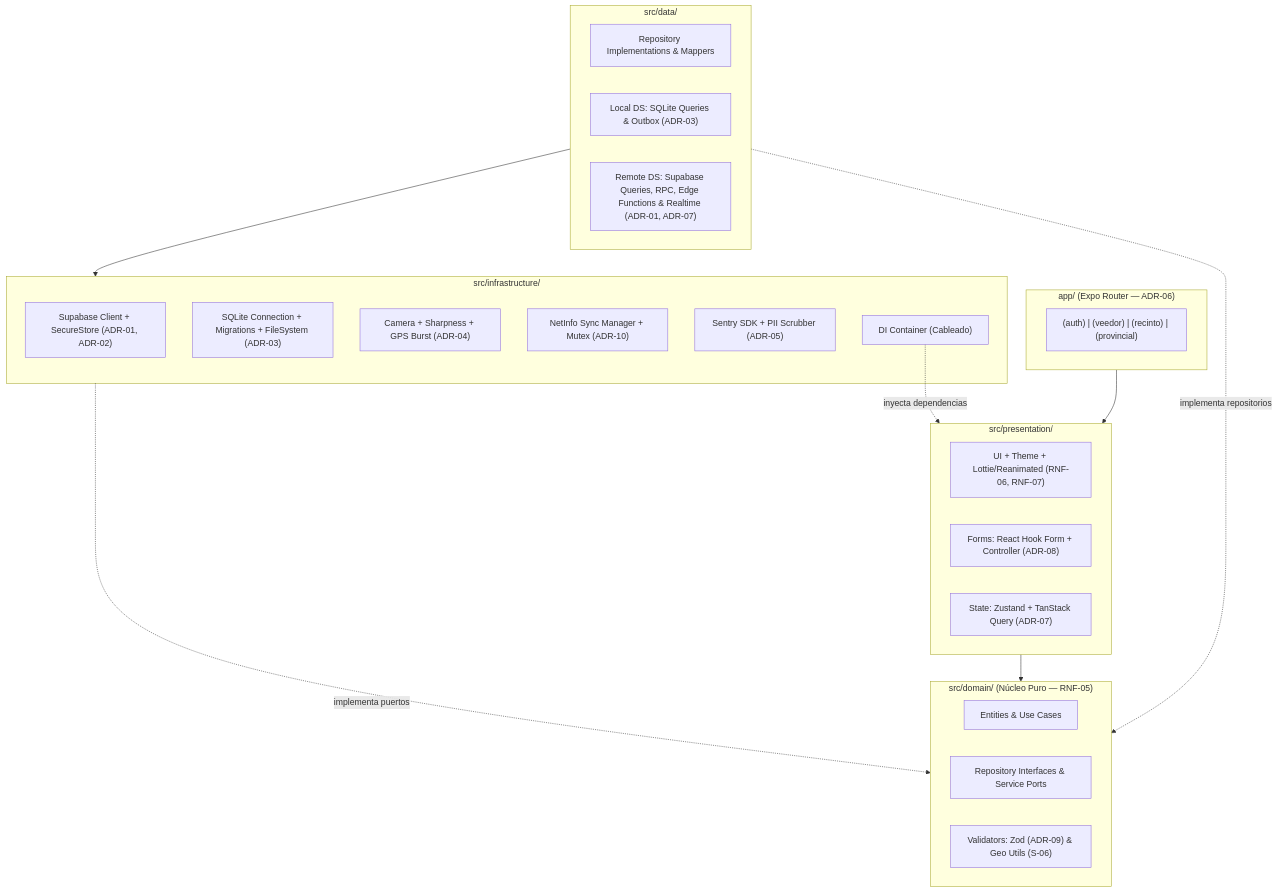
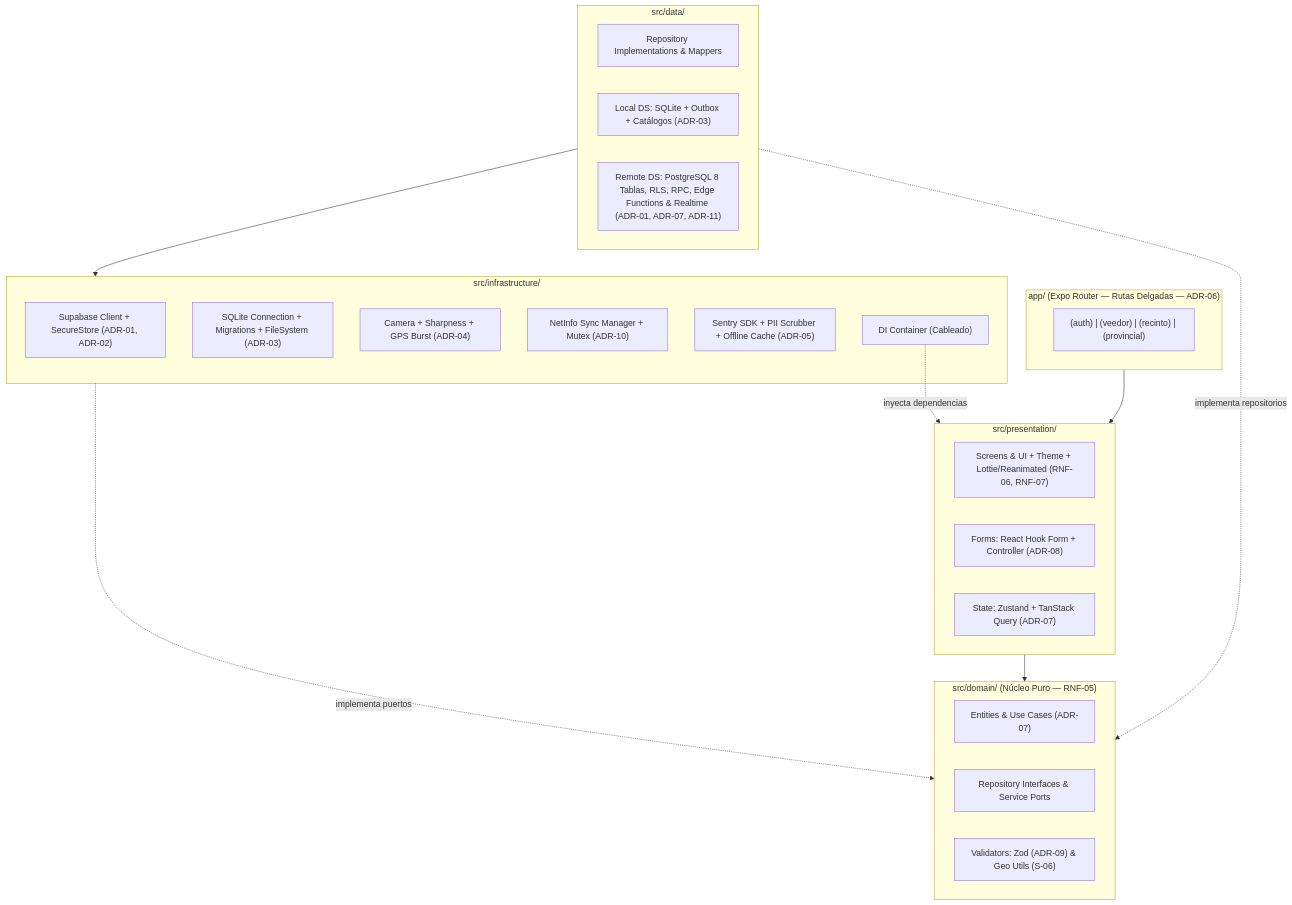
The first of 3 diagrams in docs/arquitectura.md (Milka-Borja/Control-Electoral-App), drawn with Mermaid before and after one commit. The commit also changed other lines of this file and 22 other files, not shown here.

````diff
--- a/docs/arquitectura.md
+++ b/docs/arquitectura.md
@@ -28,40 +28,40 @@
 ```mermaid
 flowchart TB
-    subgraph Routing["app/ (Expo Router — ADR-06)"]
+    subgraph Routing["app/ (Expo Router — Rutas Delgadas — ADR-06)"]
         R1["(auth) | (veedor) | (recinto) | (provincial)"]
     end
 
     subgraph Presentation["src/presentation/"]
-        P1["UI + Theme + Lottie/Reanimated (RNF-06, RNF-07)"]
+        P0["Screens & UI + Theme + Lottie/Reanimated (RNF-06, RNF-07)"]
         P2["Forms: React Hook Form + Controller (ADR-08)"]
         P3["State: Zustand + TanStack Query (ADR-07)"]
     end
 
     subgraph Domain["src/domain/ (Núcleo Puro — RNF-05)"]
-        D1["Entities & Use Cases"]
+        D1["Entities & Use Cases (ADR-07)"]
         D2["Repository Interfaces & Service Ports"]
         D3["Validators: Zod (ADR-09) & Geo Utils (S-06)"]
     end
 
     subgraph Data["src/data/"]
         DA1["Repository Implementations & Mappers"]
-        DA2["Local DS: SQLite Queries & Outbox (ADR-03)"]
-        DA3["Remote DS: Supabase Queries, RPC, Edge Functions & Realtime (ADR-01, ADR-07)"]
+        DA2["Local DS: SQLite + Outbox + Catálogos (ADR-03)"]
+        DA3["Remote DS: PostgreSQL 8 Tablas, RLS, RPC, Edge Functions & Realtime (ADR-01, ADR-07, ADR-11)"]
     end
 
     subgraph Infrastructure["src/infrastructure/"]
         I1["Supabase Client + SecureStore (ADR-01, ADR-02)"]
         I2["SQLite Connection + Migrations + FileSystem (ADR-03)"]
         I3["Camera + Sharpness + GPS Burst (ADR-04)"]
         I4["NetInfo Sync Manager + Mutex (ADR-10)"]
-        I5["Sentry SDK + PII Scrubber (ADR-05)"]
+        I5["Sentry SDK + PII Scrubber + Offline Cache (ADR-05)"]
         I6["DI Container (Cableado)"]
     end
 
     Routing --> Presentation
     Presentation --> Domain
     Data -. implementa repositorios .-> Domain
     Infrastructure -. implementa puertos .-> Domain
     Data --> Infrastructure
     I6 -. inyecta dependencias .-> Presentation
 ```
````
